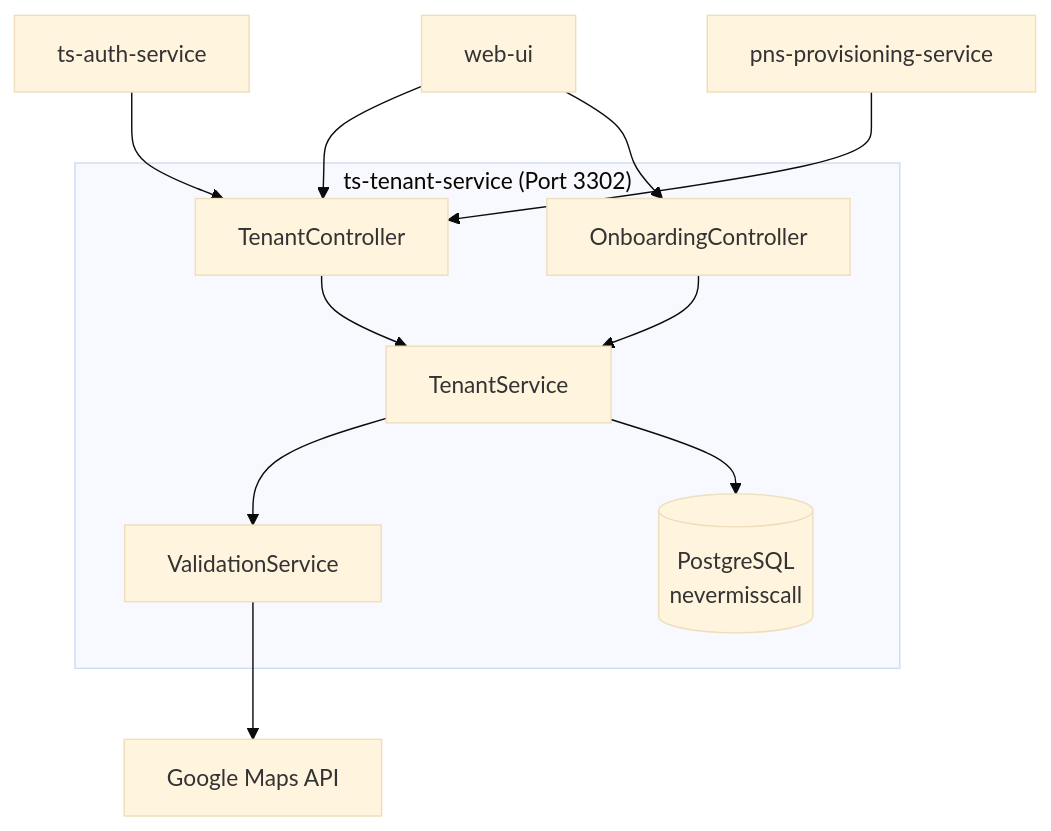
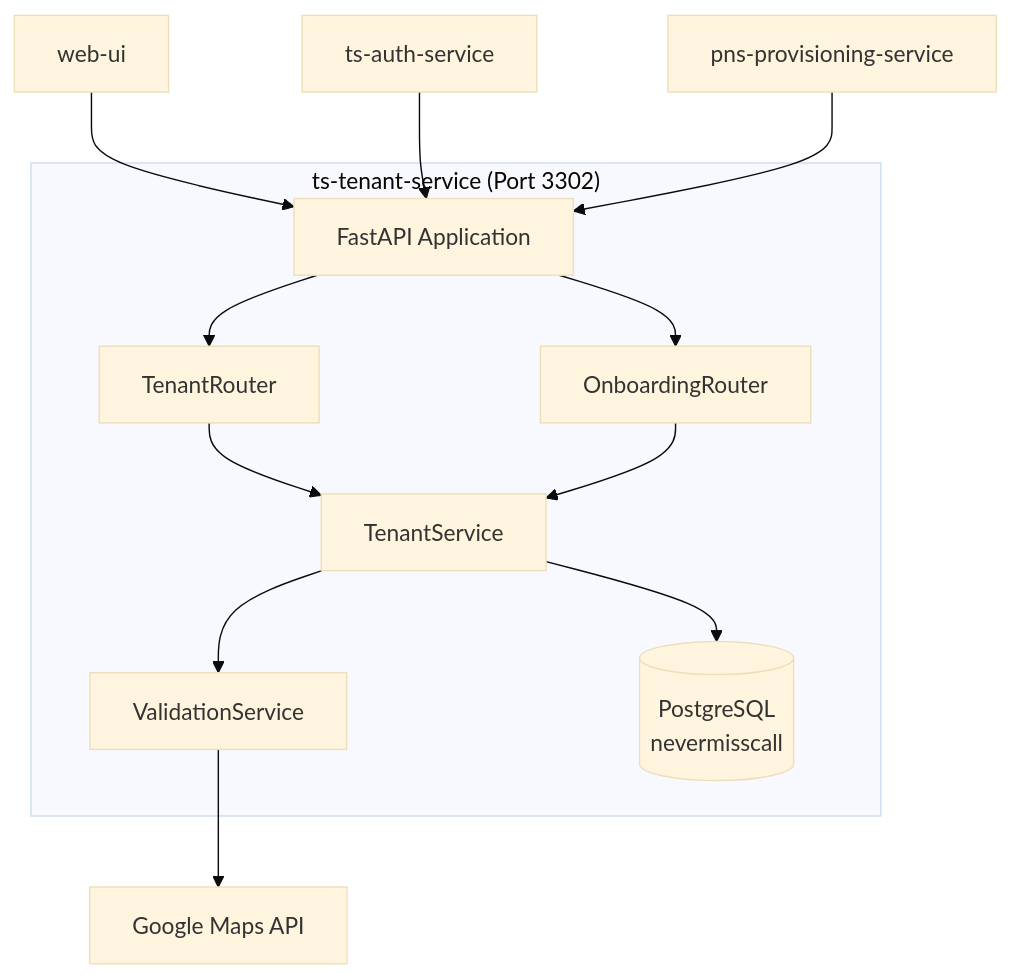
One commit to kyoungd/nevermisscall changed the diagram in docs/services/phase-1/ts-tenant-service.md. Above: the diagram before and after it, drawn with Mermaid (base theme). The commit also changed other lines of this file and 39 other files, not shown here.

````diff
--- a/docs/services/phase-1/ts-tenant-service.md
+++ b/docs/services/phase-1/ts-tenant-service.md
@@ -37,21 +37,23 @@
 ```mermaid
 graph TB
     subgraph "ts-tenant-service (Port 3302)"
-        TenantController[TenantController]
-        OnboardingController[OnboardingController]
+        FastAPIApp[FastAPI Application]
+        TenantRouter[TenantRouter]
+        OnboardingRouter[OnboardingRouter]
         TenantService[TenantService]
         ValidationService[ValidationService]
         Database[(PostgreSQL<br/>nevermisscall)]
     end
     
-    WebUI[web-ui] --> TenantController
-    WebUI --> OnboardingController
-    TSAuth[ts-auth-service] --> TenantController
-    PNSProvision[pns-provisioning-service] --> TenantController
+    WebUI[web-ui] --> FastAPIApp
+    TSAuth[ts-auth-service] --> FastAPIApp
+    PNSProvision[pns-provisioning-service] --> FastAPIApp
     
-    TenantController --> TenantService
-    OnboardingController --> TenantService
+    FastAPIApp --> TenantRouter
+    FastAPIApp --> OnboardingRouter
+    TenantRouter --> TenantService
+    OnboardingRouter --> TenantService
     TenantService --> ValidationService
     TenantService --> Database
     ValidationService --> GoogleMapsAPI[Google Maps API]
 ```
````
